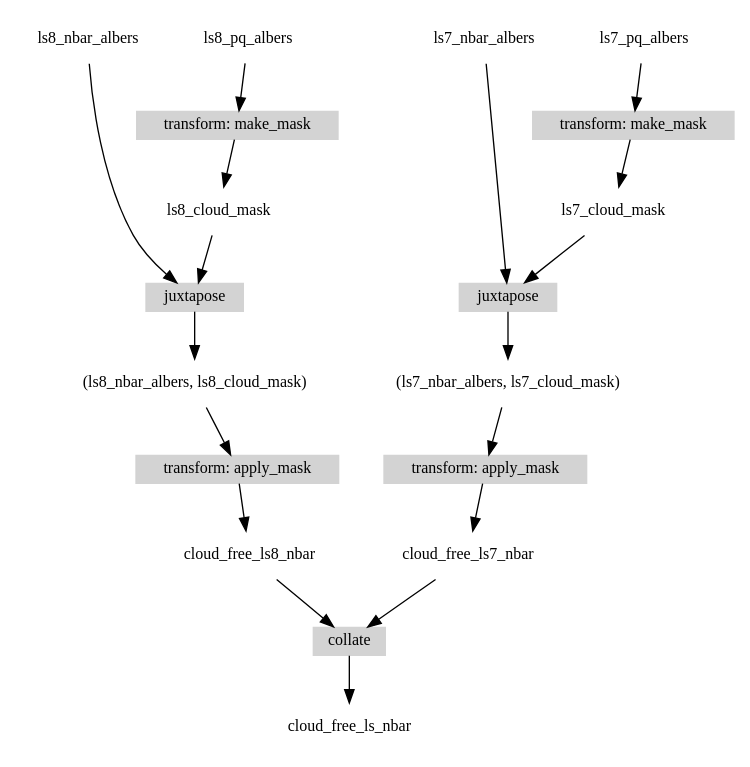
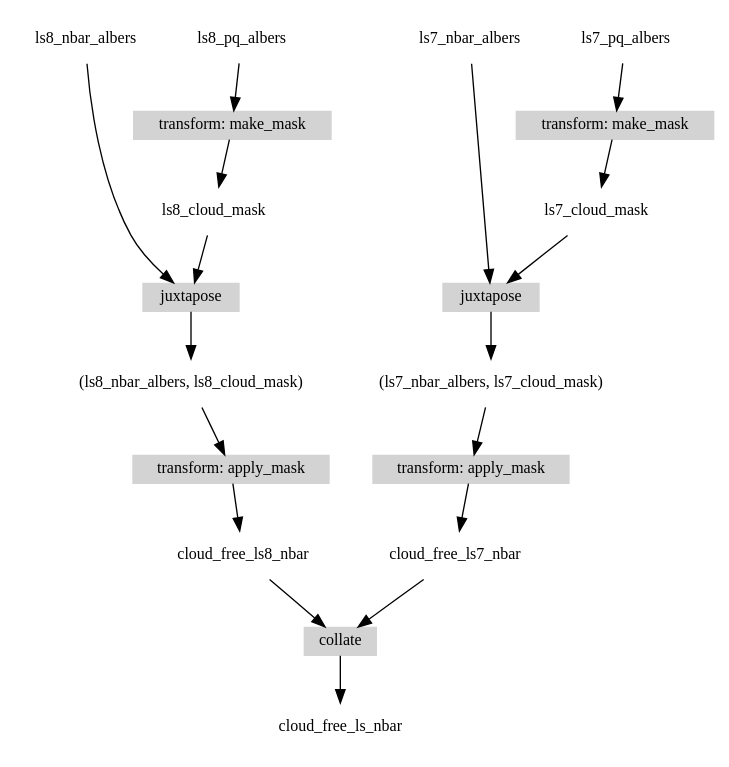
Before and after one commit to uchchwhash/virtual-product-showcase: the diagram in cloud_free.dot, drawn with Graphviz. The commit also changed 7 other files, not shown here.

```diff
--- a/cloud_free.dot
+++ b/cloud_free.dot
@@ -1,39 +1,39 @@
 digraph G {
-    node[fontname="Bookman", fontsize=12];
+    node[fontname="Bookman; Helvetica", fontsize=12];
     cloud_free_ls_nbar [shape=plaintext];
     cloud_free_ls8_nbar [shape=plaintext];
     cloud_free_ls7_nbar [shape=plaintext];
     collate [shape=box, style=filled, color="lightgray", height=0.2];
     collate -> cloud_free_ls_nbar;
     cloud_free_ls8_nbar -> collate;
     cloud_free_ls7_nbar -> collate;
     trans1 [label="transform: apply_mask", shape=box, style=filled, color="lightgray", height=0.2];
     trans2 [label="transform: apply_mask", shape=box, style=filled, color="lightgray", height=0.2];
     trans1 -> cloud_free_ls8_nbar;
     trans2 -> cloud_free_ls7_nbar;
     jux1 [label="(ls8_nbar_albers, ls8_cloud_mask)", shape=plaintext];
     jux2 [label="(ls7_nbar_albers, ls7_cloud_mask)", shape=plaintext];
     jux1 -> trans1;
     jux2 -> trans2;
     jux_box_1 [label="juxtapose", shape=box, style=filled, color="lightgray", height=0.2];
     jux_box_2 [label="juxtapose", shape=box, style=filled, color="lightgray", height=0.2];
     jux_box_1 -> jux1;
     jux_box_2 -> jux2;
     { rank="same"; ls8_nbar_albers; ls7_nbar_albers; ls8_pq_albers; ls7_pq_albers; }
     ls8_nbar_albers [shape=plaintext];
     ls7_nbar_albers [shape=plaintext];
     ls8_nbar_albers -> jux_box_1;
     ls7_nbar_albers -> jux_box_2;
     trans3 [label="transform: make_mask", shape=box, style=filled, color="lightgray", height=0.2];
     trans4 [label="transform: make_mask", shape=box, style=filled, color="lightgray", height=0.2];
     ls8_cloud_mask [shape=plaintext];
     ls7_cloud_mask [shape=plaintext];
     trans3 -> ls8_cloud_mask;
     ls8_cloud_mask -> jux_box_1;
     trans4 -> ls7_cloud_mask;
     ls7_cloud_mask -> jux_box_2;
     ls8_pq_albers [shape=plaintext];
     ls7_pq_albers [shape=plaintext];
     ls8_pq_albers -> trans3;
     ls7_pq_albers -> trans4;
 }
```
